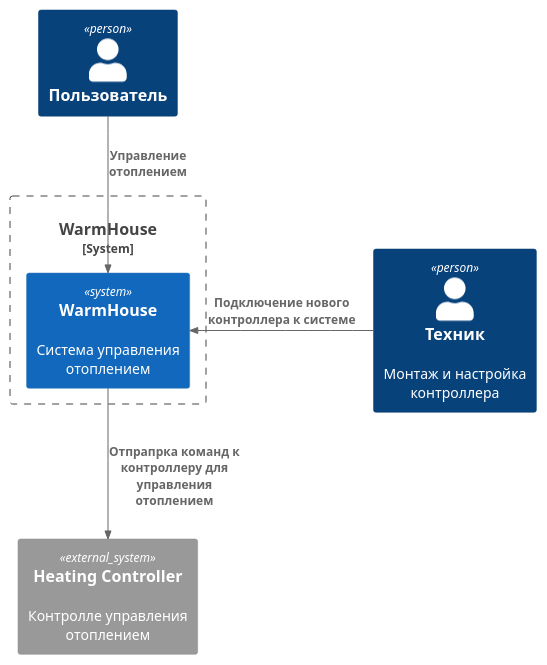
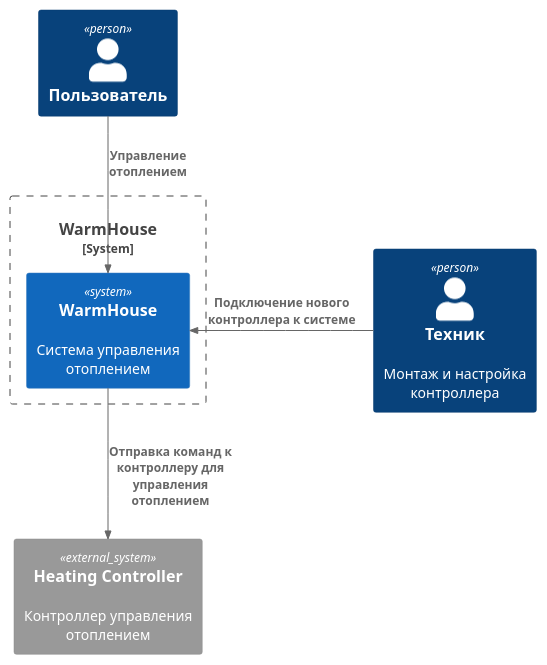
One commit to Meeluck/architecture-warmhouse changed the diagram in arch/context/context_as_is.puml. Above: the diagram before and after it, drawn with PlantUML. The commit also changed 4 other files, not shown here.

```diff
--- a/arch/context/context_as_is.puml
+++ b/arch/context/context_as_is.puml
@@ -1,16 +1,16 @@
 @startuml
 !include https://raw.githubusercontent.com/plantuml-stdlib/C4-PlantUML/master/C4_Context.puml
 
 Person(user,Пользователь)
 Person(stuff,Техник, "Монтаж и настройка контроллера")
 
 System_Boundary(c1,WarmHouse){
     System(wh, "WarmHouse","Система управления отоплением")
 }
 
-System_Ext(heating,"Heating Controller","Контролле управления отоплением")
+System_Ext(heating,"Heating Controller","Контроллер управления отоплением")
 
-Rel(wh,heating,"Отпрапрка команд к контроллеру для управления отоплением")
+Rel(wh,heating,"Отправка команд к контроллеру для управления отоплением")
 Rel(user,wh,"Управление отоплением")
 Rel_Left(stuff,wh,"Подключение нового контроллера к системе")
 @enduml
```
